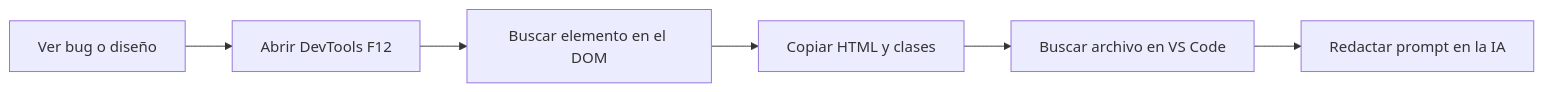
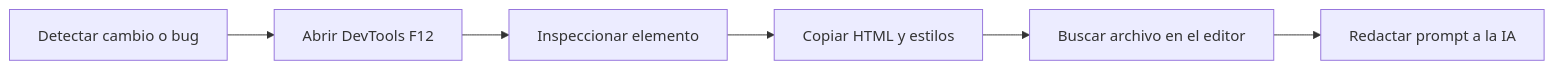
Before and after one commit to Dearxia1/UaiSelect: the first of 3 diagrams in README.md, drawn with Mermaid. The commit also changed other lines of this file, not shown here.

````diff
--- a/README.md
+++ b/README.md
@@ -25,8 +25,8 @@
 ```mermaid
 flowchart LR
-    A[Ver bug o diseño] --> B[Abrir DevTools F12]
-    B --> C[Buscar elemento en el DOM]
-    C --> D[Copiar HTML y clases]
-    D --> E[Buscar archivo en VS Code]
-    E --> F[Redactar prompt en la IA]
+    A[Detectar cambio o bug] --> B[Abrir DevTools F12]
+    B --> C[Inspeccionar elemento]
+    C --> D[Copiar HTML y estilos]
+    D --> E[Buscar archivo en el editor]
+    E --> F[Redactar prompt a la IA]
 ```
````
